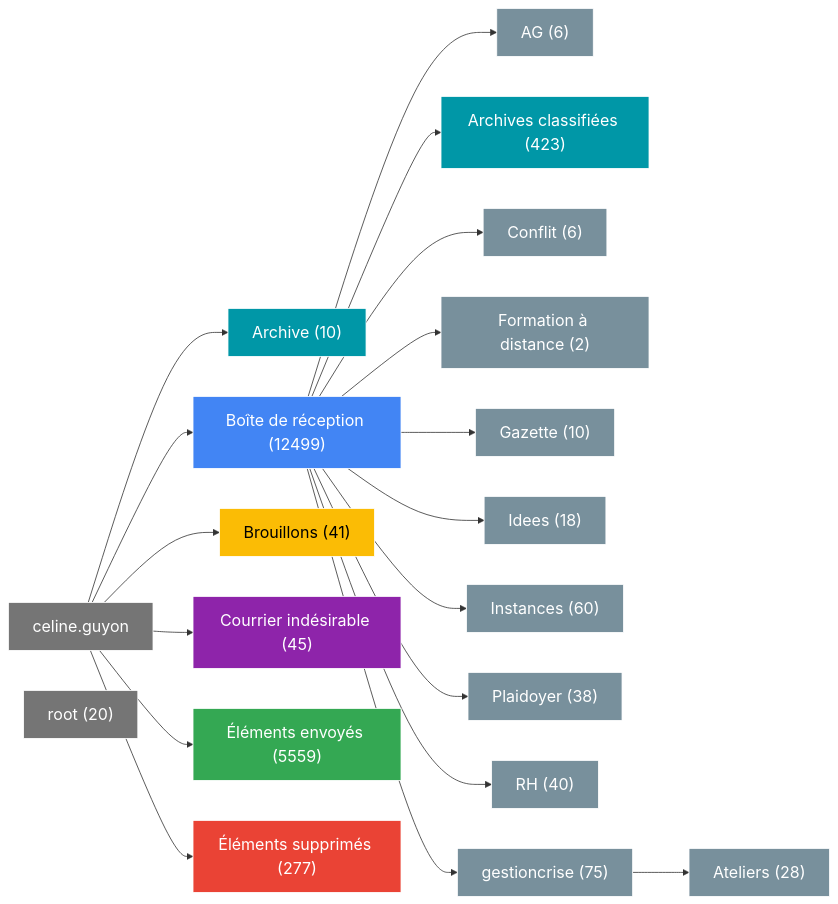
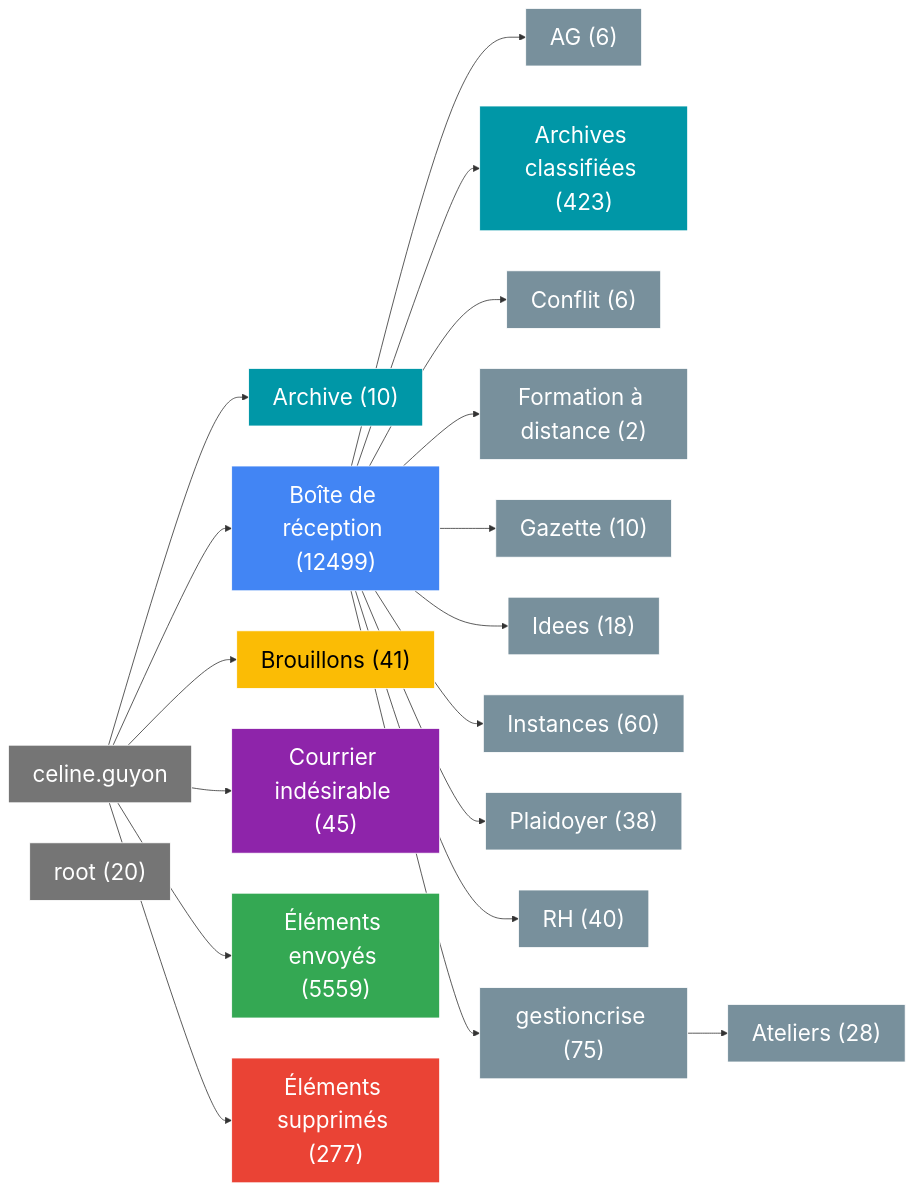
One commit to Olkoa/ArchivingEmail changed the diagram in data/Projects/Projet Demo/mail_folder_structure.mermaid. Above: the diagram before and after it, drawn with Mermaid. The commit also changed 31 other files, not shown here.

```diff
--- a/data/Projects/Projet Demo/mail_folder_structure.mermaid
+++ b/data/Projects/Projet Demo/mail_folder_structure.mermaid
@@ -1,67 +1,67 @@
 graph LR
-    classDef inbox fill:#4285F4,color:white,stroke:#fff,stroke-width:1px,font-size:20px
-    classDef sent fill:#34A853,color:white,stroke:#fff,stroke-width:1px,font-size:20px
-    classDef trash fill:#EA4335,color:white,stroke:#fff,stroke-width:1px,font-size:20px
-    classDef spam fill:#8E24AA,color:white,stroke:#fff,stroke-width:1px,font-size:20px
-    classDef drafts fill:#FBBC05,color:black,stroke:#fff,stroke-width:1px,font-size:20px
-    classDef archive fill:#0097A7,color:white,stroke:#fff,stroke-width:1px,font-size:20px
-    classDef root fill:#757575,color:white,stroke:#fff,stroke-width:1px,font-size:20px
-    classDef subFolder fill:#78909C,color:white,stroke:#fff,stroke-width:1px,font-size:20px
+    classDef inbox fill:#4285F4,color:white,stroke:#fff,stroke-width:1px,font-size:28px
+    classDef sent fill:#34A853,color:white,stroke:#fff,stroke-width:1px,font-size:28px
+    classDef trash fill:#EA4335,color:white,stroke:#fff,stroke-width:1px,font-size:28px
+    classDef spam fill:#8E24AA,color:white,stroke:#fff,stroke-width:1px,font-size:28px
+    classDef drafts fill:#FBBC05,color:black,stroke:#fff,stroke-width:1px,font-size:28px
+    classDef archive fill:#0097A7,color:white,stroke:#fff,stroke-width:1px,font-size:28px
+    classDef root fill:#757575,color:white,stroke:#fff,stroke-width:1px,font-size:28px
+    classDef subFolder fill:#78909C,color:white,stroke:#fff,stroke-width:1px,font-size:28px
 
     celine.guyon["celine.guyon"]
     celine.guyon_Archive["Archive (10)"]
     celine.guyon_Boite_de_reception["Boîte de réception (12499)"]
     celine.guyon_Boite_de_reception_AG["AG (6)"]
     celine.guyon_Boite_de_reception_Archives_classifiees["Archives classifiées (423)"]
     celine.guyon_Boite_de_reception_Conflit["Conflit (6)"]
     celine.guyon_Boite_de_reception_Formation_a_distance["Formation à distance (2)"]
     celine.guyon_Boite_de_reception_Gazette["Gazette (10)"]
     celine.guyon_Boite_de_reception_Idees["Idees (18)"]
     celine.guyon_Boite_de_reception_Instances["Instances (60)"]
     celine.guyon_Boite_de_reception_Plaidoyer["Plaidoyer (38)"]
     celine.guyon_Boite_de_reception_RH["RH (40)"]
     celine.guyon_Boite_de_reception_gestioncrise["gestioncrise (75)"]
     celine.guyon_Boite_de_reception_gestioncrise_Ateliers["Ateliers (28)"]
     celine.guyon_Brouillons["Brouillons (41)"]
     celine.guyon_Courrier_indesirable["Courrier indésirable (45)"]
     celine.guyon_Élements_envoyes["Éléments envoyés (5559)"]
     celine.guyon_Élements_supprimes["Éléments supprimés (277)"]
     root["root (20)"]
 
     celine.guyon --> celine.guyon_Archive
     celine.guyon --> celine.guyon_Boite_de_reception
     celine.guyon --> celine.guyon_Brouillons
     celine.guyon --> celine.guyon_Courrier_indesirable
     celine.guyon --> celine.guyon_Élements_envoyes
     celine.guyon --> celine.guyon_Élements_supprimes
     celine.guyon_Boite_de_reception --> celine.guyon_Boite_de_reception_AG
     celine.guyon_Boite_de_reception --> celine.guyon_Boite_de_reception_Archives_classifiees
     celine.guyon_Boite_de_reception --> celine.guyon_Boite_de_reception_Conflit
     celine.guyon_Boite_de_reception --> celine.guyon_Boite_de_reception_Formation_a_distance
     celine.guyon_Boite_de_reception --> celine.guyon_Boite_de_reception_Gazette
     celine.guyon_Boite_de_reception --> celine.guyon_Boite_de_reception_Idees
     celine.guyon_Boite_de_reception --> celine.guyon_Boite_de_reception_Instances
     celine.guyon_Boite_de_reception --> celine.guyon_Boite_de_reception_Plaidoyer
     celine.guyon_Boite_de_reception --> celine.guyon_Boite_de_reception_RH
     celine.guyon_Boite_de_reception --> celine.guyon_Boite_de_reception_gestioncrise
     celine.guyon_Boite_de_reception_gestioncrise --> celine.guyon_Boite_de_reception_gestioncrise_Ateliers
 
     celine.guyon:::root
     celine.guyon_Archive:::archive
     celine.guyon_Boite_de_reception:::inbox
     celine.guyon_Boite_de_reception_AG:::subFolder
     celine.guyon_Boite_de_reception_Archives_classifiees:::archive
     celine.guyon_Boite_de_reception_Conflit:::subFolder
     celine.guyon_Boite_de_reception_Formation_a_distance:::subFolder
     celine.guyon_Boite_de_reception_Gazette:::subFolder
     celine.guyon_Boite_de_reception_Idees:::subFolder
     celine.guyon_Boite_de_reception_Instances:::subFolder
     celine.guyon_Boite_de_reception_Plaidoyer:::subFolder
     celine.guyon_Boite_de_reception_RH:::subFolder
     celine.guyon_Boite_de_reception_gestioncrise:::subFolder
     celine.guyon_Boite_de_reception_gestioncrise_Ateliers:::subFolder
     celine.guyon_Brouillons:::drafts
     celine.guyon_Courrier_indesirable:::spam
     celine.guyon_Élements_envoyes:::sent
     celine.guyon_Élements_supprimes:::trash
     root:::root
```
